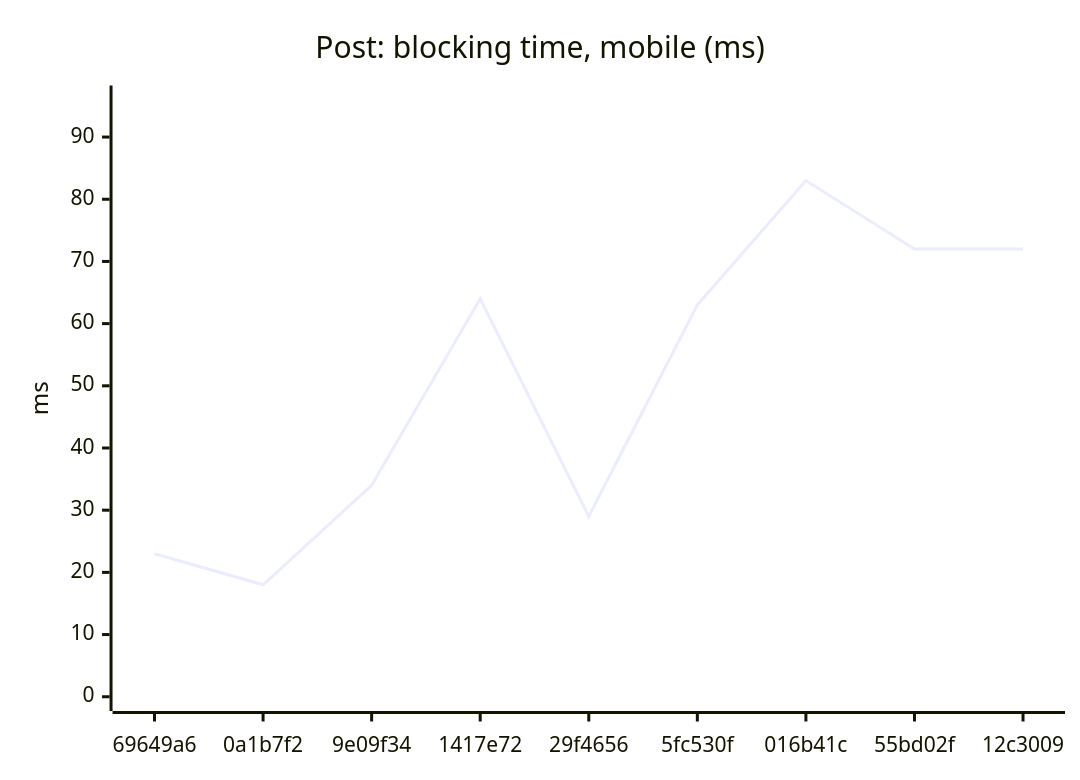
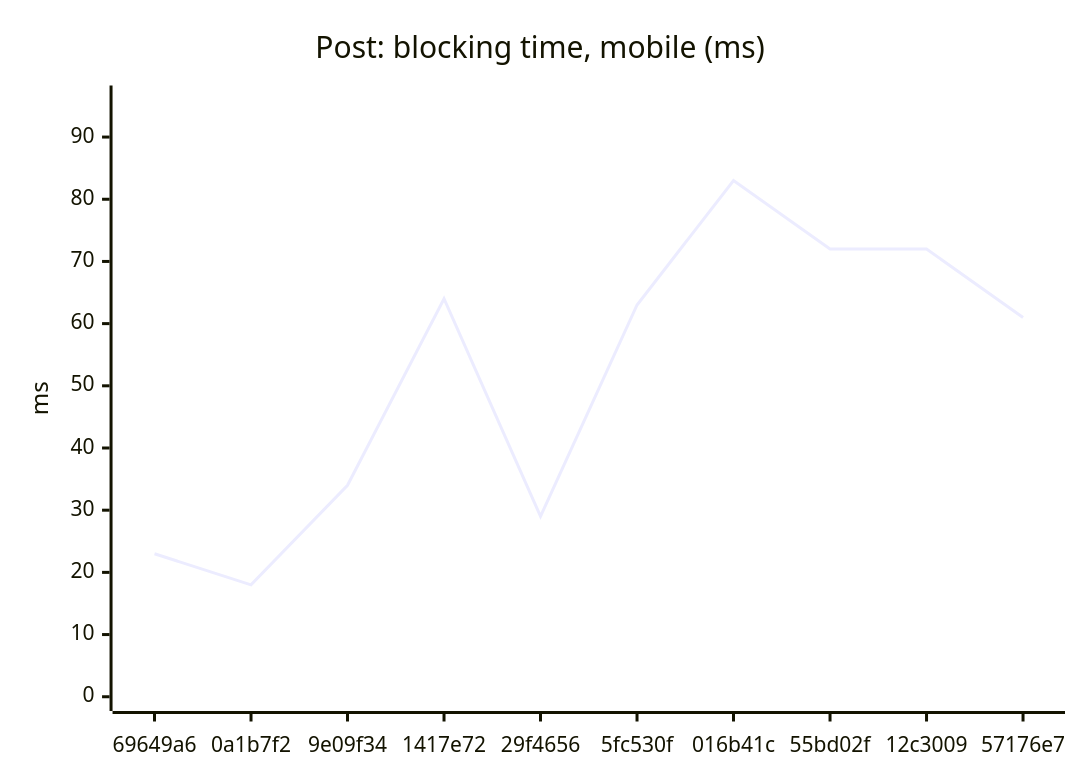
Before and after one commit to AxelUser/maltsev.space: diagram 12 of 18 in README.md, drawn with Mermaid. The commit also changed other lines of this file and 1 other file, not shown here.

````diff
--- a/README.md
+++ b/README.md
@@ -133,7 +133,7 @@
 ```mermaid
 xychart-beta
   title "Post: blocking time, mobile (ms)"
-  x-axis ["69649a6", "0a1b7f2", "9e09f34", "1417e72", "29f4656", "5fc530f", "016b41c", "55bd02f", "12c3009"]
+  x-axis ["69649a6", "0a1b7f2", "9e09f34", "1417e72", "29f4656", "5fc530f", "016b41c", "55bd02f", "12c3009", "57176e7"]
   y-axis "ms" 0 --> 96
-  line [23, 18, 34, 64, 29, 63, 83, 72, 72]
+  line [23, 18, 34, 64, 29, 63, 83, 72, 72, 61]
 ```
````
